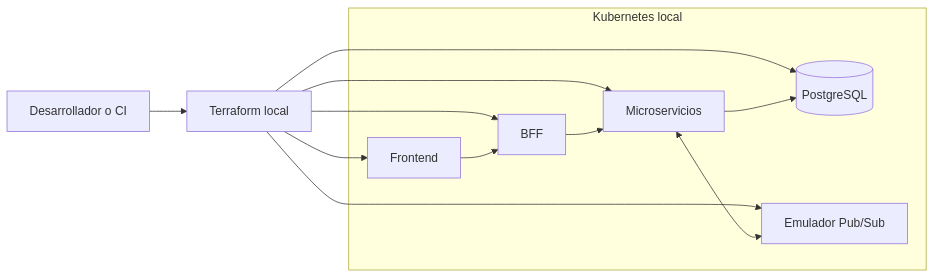
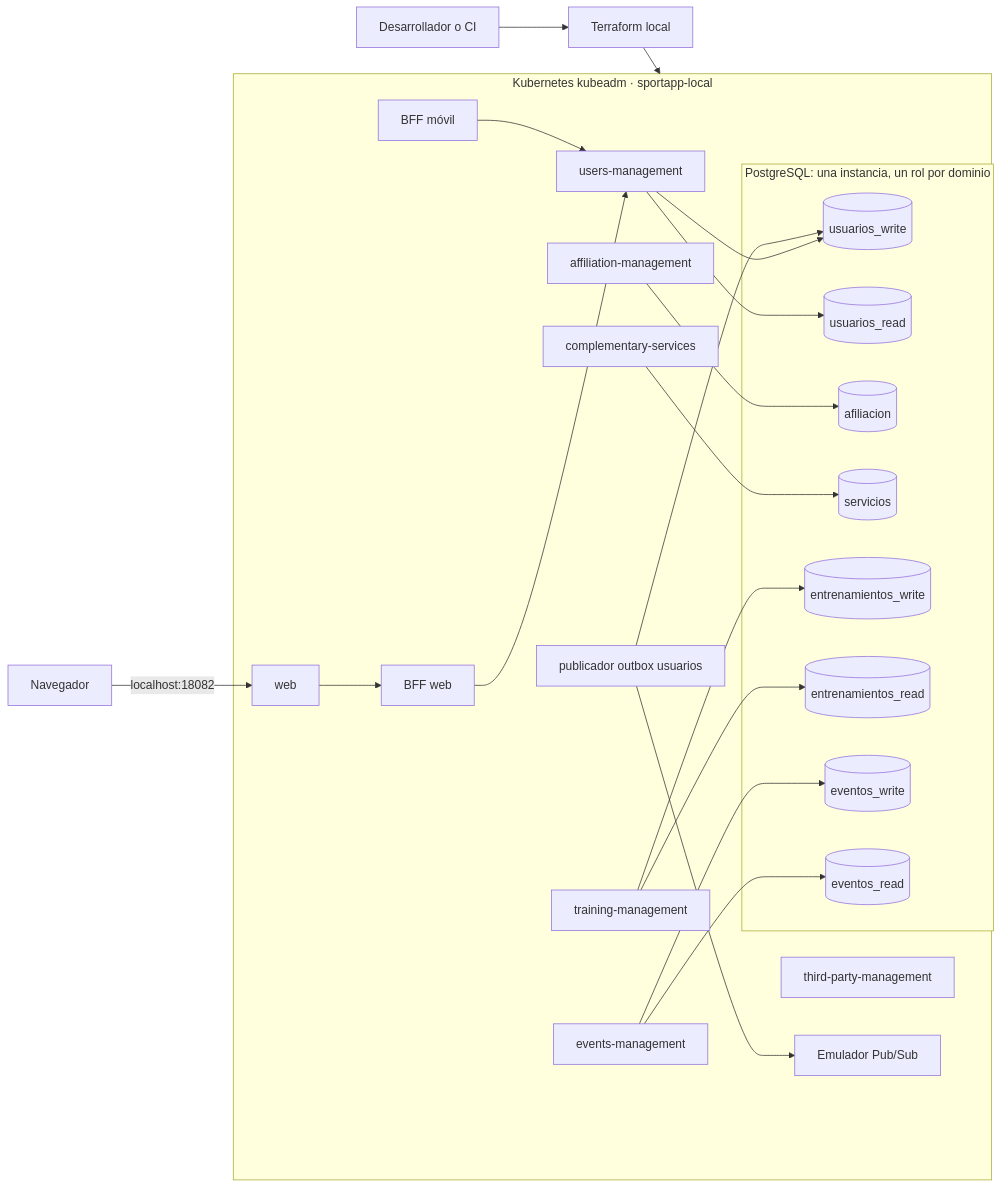
Before and after one commit to lfnavarroj1/sport-app-platform: the second of 4 diagrams in docs/arquitectura-terraform.md, drawn with Mermaid. The commit also changed other lines of this file and 21 other files, not shown here.

````diff
--- a/docs/arquitectura-terraform.md
+++ b/docs/arquitectura-terraform.md
@@ -103,18 +103,44 @@
 ```mermaid
 flowchart LR
     DEV[Desarrollador o CI] --> TF[Terraform local]
-    subgraph K8S[Kubernetes local]
-      WEB[Frontend]
-      BFF[BFF]
-      API[Microservicios]
-      DB[(PostgreSQL)]
+    NAV[Navegador] -- localhost:18082 --> WEB
+
+    subgraph K8S[Kubernetes kubeadm · sportapp-local]
+      WEB[web]
+      BFW[BFF web]
+      BFM[BFF móvil]
+      USR[users-management]
+      UOUT[publicador outbox usuarios]
+      AFI[affiliation-management]
+      SER[complementary-services]
+      ENT[training-management]
+      EVE[events-management]
+      TER[third-party-management]
       PS[Emulador Pub/Sub]
+
+      subgraph PG[PostgreSQL: una instancia, un rol por dominio]
+        uw[(usuarios_write)]
+        ur[(usuarios_read)]
+        af[(afiliacion)]
+        sv[(servicios)]
+        tw[(entrenamientos_write)]
+        tr[(entrenamientos_read)]
+        ew[(eventos_write)]
+        er[(eventos_read)]
+      end
     end
-    TF --> WEB
-    TF --> BFF
-    TF --> API
-    TF --> DB
-    TF --> PS
-    WEB --> BFF --> API --> DB
-    API <--> PS
+
+    TF --> K8S
+    WEB --> BFW --> USR
+    BFM --> USR
+    USR --> uw
+    USR --> ur
+    UOUT --> uw
+    UOUT --> PS
+    AFI --> af
+    SER --> sv
+    ENT --> tw
+    ENT --> tr
+    EVE --> ew
+    EVE --> er
 ```
````
